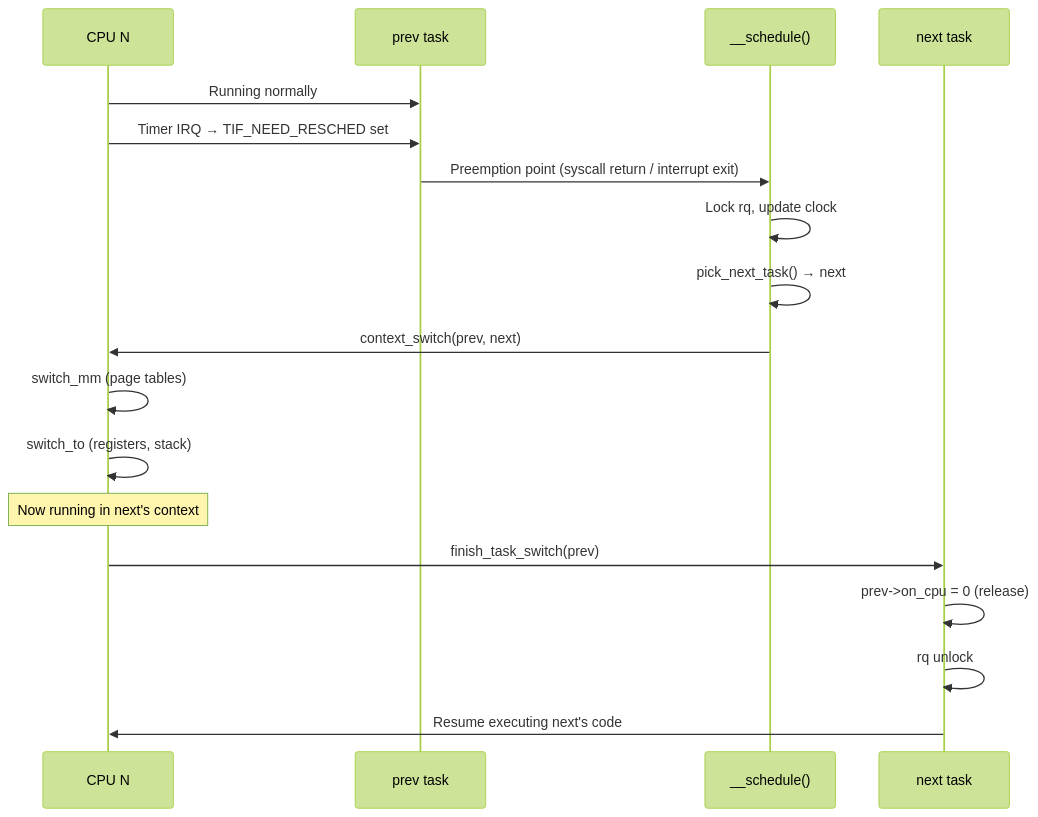
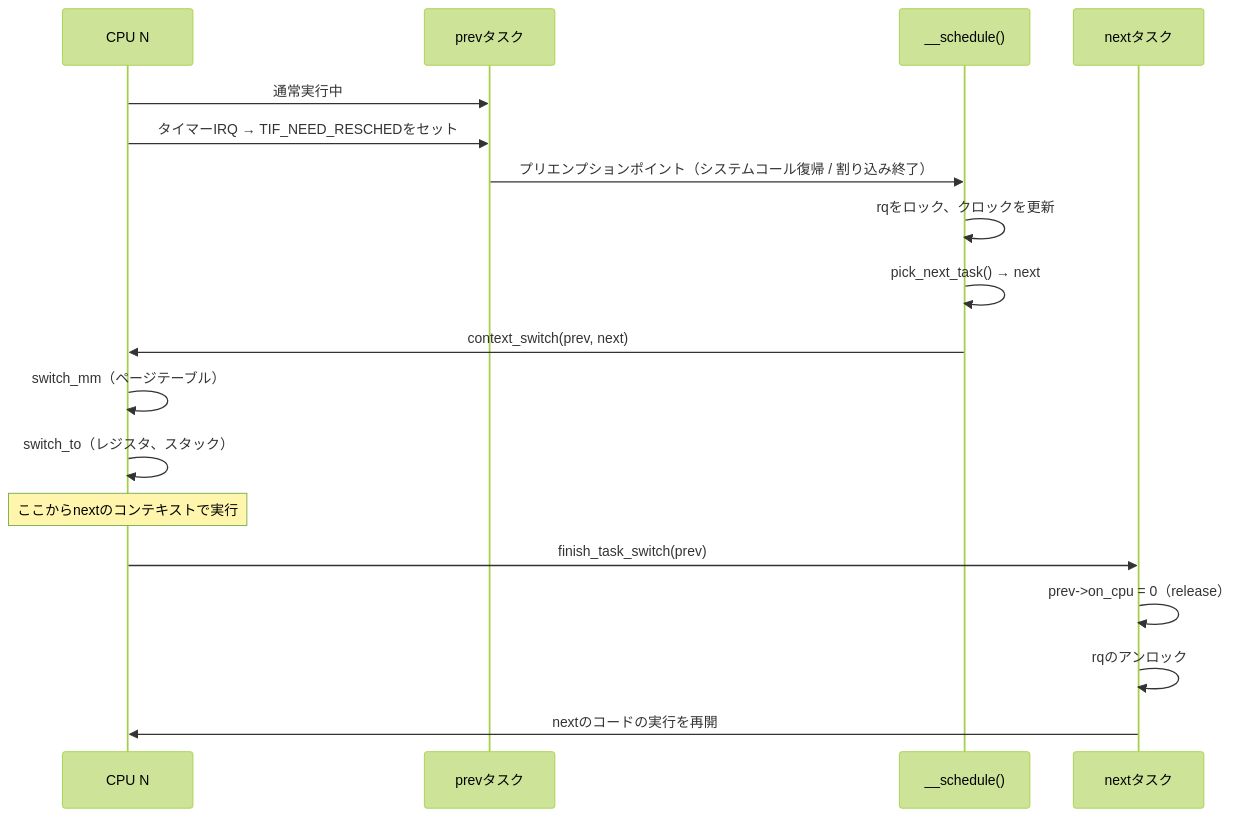
One commit to doguto/linux-kernel-internals-jp changed the second of 2 diagrams in docs/sched/context-switch.md. Above: the diagram before and after it, drawn with Mermaid (forest theme). The commit also changed other lines of this file and 113 other files, not shown here.

````diff
--- a/docs/sched/context-switch.md
+++ b/docs/sched/context-switch.md
@@ -280,21 +280,21 @@
 ```mermaid
 sequenceDiagram
     participant CPU as CPU N
-    participant PrevTask as prev task
+    participant PrevTask as prevタスク
     participant Sched as __schedule()
-    participant NextTask as next task
+    participant NextTask as nextタスク
 
-    CPU->>PrevTask: Running normally
-    CPU->>PrevTask: Timer IRQ → TIF_NEED_RESCHED set
-    PrevTask->>Sched: Preemption point (syscall return / interrupt exit)
-    Sched->>Sched: Lock rq, update clock
+    CPU->>PrevTask: 通常実行中
+    CPU->>PrevTask: タイマーIRQ → TIF_NEED_RESCHEDをセット
+    PrevTask->>Sched: プリエンプションポイント（システムコール復帰 / 割り込み終了）
+    Sched->>Sched: rqをロック、クロックを更新
     Sched->>Sched: pick_next_task() → next
     Sched->>CPU: context_switch(prev, next)
-    CPU->>CPU: switch_mm (page tables)
-    CPU->>CPU: switch_to (registers, stack)
-    Note over CPU: Now running in next's context
+    CPU->>CPU: switch_mm（ページテーブル）
+    CPU->>CPU: switch_to（レジスタ、スタック）
+    Note over CPU: ここからnextのコンテキストで実行
     CPU->>NextTask: finish_task_switch(prev)
-    NextTask->>NextTask: prev->on_cpu = 0 (release)
-    NextTask->>NextTask: rq unlock
-    NextTask->>CPU: Resume executing next's code
+    NextTask->>NextTask: prev->on_cpu = 0（release）
+    NextTask->>NextTask: rqのアンロック
+    NextTask->>CPU: nextのコードの実行を再開
 ```
````
